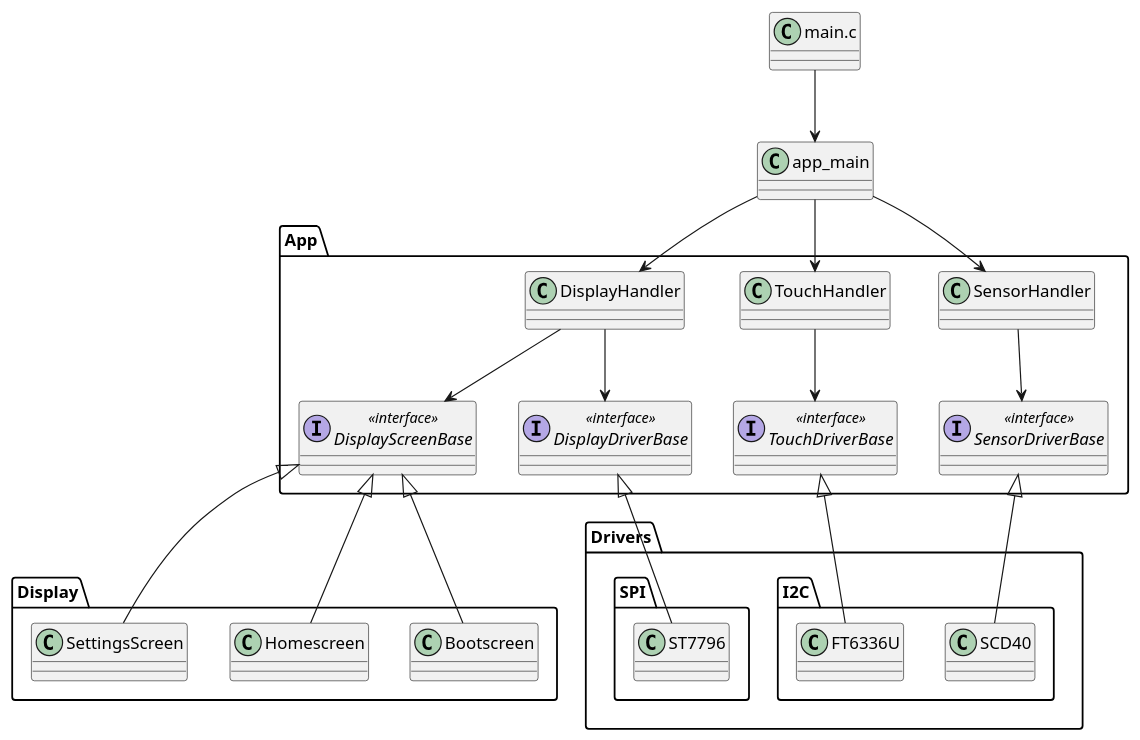
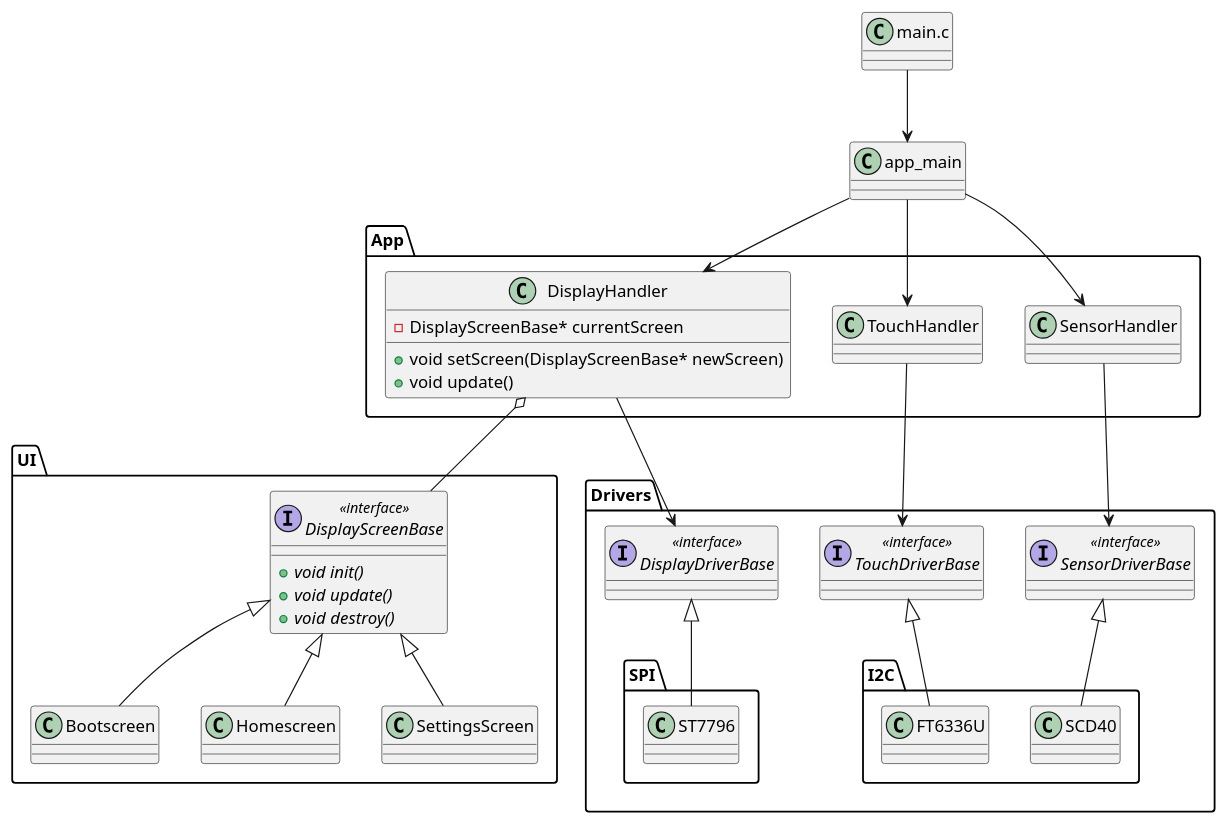
Before and after one commit to CookieLover3000/Co2-Sensor-PoC: the diagram in Docs/class.puml, drawn with PlantUML. The commit also changed 9 other files, not shown here.

First line of the commit message:
Add C++ ST7796 LVGL display driver

```diff
--- a/Docs/class.puml
+++ b/Docs/class.puml
@@ -1,80 +1,90 @@
 @startuml Co2 Monitor Class Diagram
 class "main.c" as MainC {
 
 }
 
 class app_main {
 
 }
 namespace App {
     class DisplayHandler {
-
+        - DisplayScreenBase* currentScreen
+        + void setScreen(DisplayScreenBase* newScreen)
+        + void update()
     }
     class TouchHandler {
 
     }
     class SensorHandler {
 
     }
-    Interface DisplayScreenBase <<interface>>{
-
-    }
-    interface DisplayDriverBase <<interface>>{
-
-    }
-    interface TouchDriverBase <<interface>>{
-
-    }
-    interface SensorDriverBase <<interface>>{
-
-    }
 }
 
-namespace Display {
+namespace UI {
+
+    Interface DisplayScreenBase <<interface>>{
+        + {abstract} void init()
+        + {abstract} void update()
+        + {abstract} void destroy()
+    }
+    
     class Bootscreen {
 
     }
     class Homescreen {
 
     }
     class SettingsScreen {
 
     }
 }
 
 namespace Drivers {
+
+    interface DisplayDriverBase <<interface>>{
+
+    }
+
+    interface TouchDriverBase <<interface>>{
+
+    }
+
+    interface SensorDriverBase <<interface>>{
+
+    }
+
     namespace SPI {
         class ST7796 {
 
         }
     }
     namespace I2C {
         class FT6336U {
 
         }
 
         class SCD40 {
 
         }
     }
 }
 
 
 ' This syntax means Circle implements Shape
 MainC --> app_main
 app_main --> DisplayHandler
 app_main --> TouchHandler
 app_main --> SensorHandler
 
 DisplayHandler --> DisplayDriverBase
-DisplayHandler --> DisplayScreenBase
+DisplayHandler o-- DisplayScreenBase
 DisplayScreenBase <|-- Homescreen
 DisplayScreenBase <|-- SettingsScreen
 DisplayScreenBase <|-- Bootscreen
 TouchHandler --> TouchDriverBase
 SensorHandler --> SensorDriverBase
 
 DisplayDriverBase <|-- ST7796
 TouchDriverBase <|-- FT6336U
 SensorDriverBase <|-- SCD40
 @enduml
```
